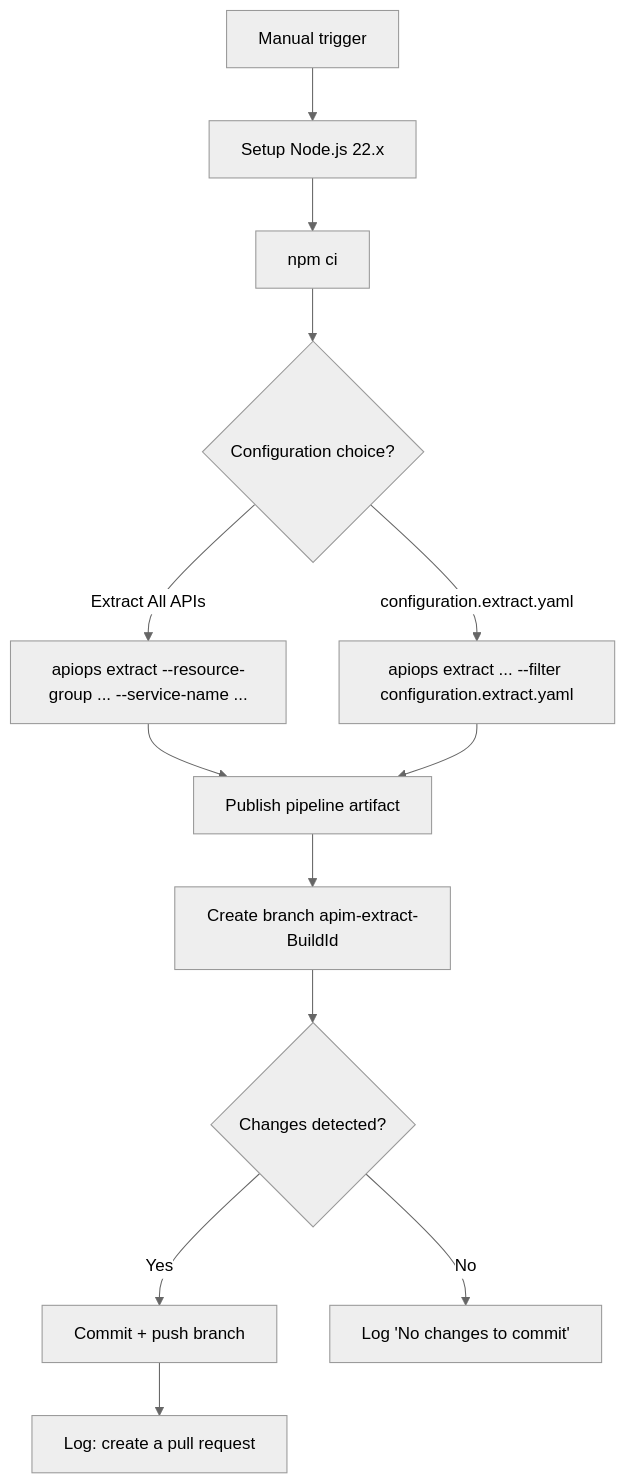
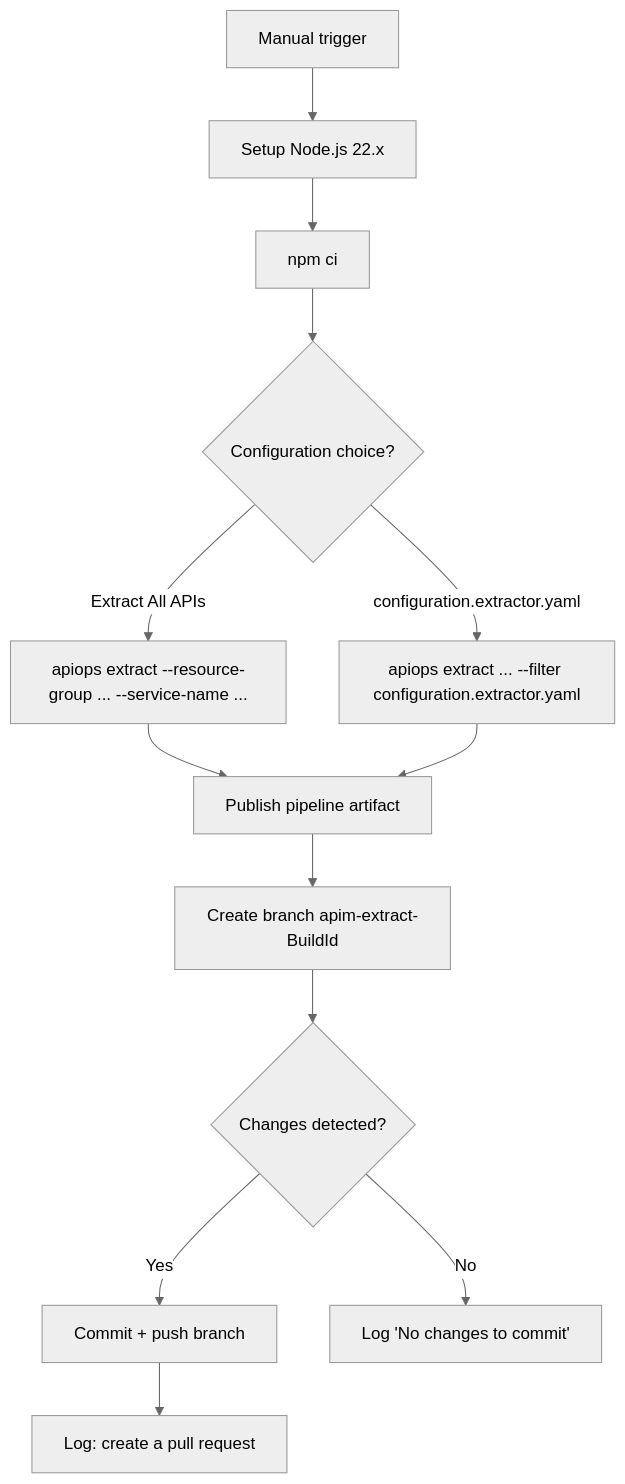
Before and after one commit to Azure/apiops-cli: the first of 2 diagrams in docs/ci-cd/azure-devops.md, drawn with Mermaid (neutral theme). The commit also changed other lines of this file and 29 other files, not shown here.

First line of the commit message:
feat: align filter and override config formats with APIOps Toolkit

````diff
--- a/docs/ci-cd/azure-devops.md
+++ b/docs/ci-cd/azure-devops.md
@@ -52,15 +52,15 @@
 ```mermaid
 flowchart TD
     A[Manual trigger] --> B[Setup Node.js 22.x]
     B --> C[npm ci]
     C --> D{Configuration choice?}
     D -->|Extract All APIs| E[apiops extract --resource-group ... --service-name ...]
-    D -->|configuration.extract.yaml| F[apiops extract ... --filter configuration.extract.yaml]
+    D -->|configuration.extractor.yaml| F[apiops extract ... --filter configuration.extractor.yaml]
     E --> G[Publish pipeline artifact]
     F --> G
     G --> H[Create branch apim-extract-BuildId]
     H --> I{Changes detected?}
     I -->|Yes| J[Commit + push branch]
     I -->|No| K[Log 'No changes to commit']
     J --> L[Log: create a pull request]
 ```
````
